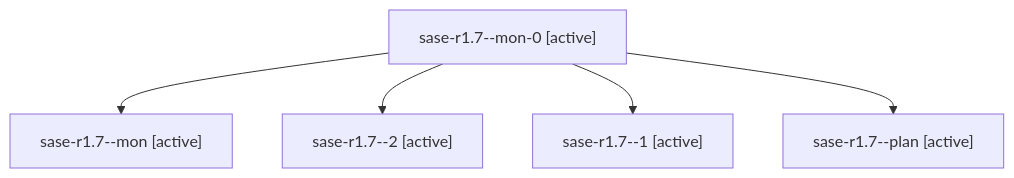
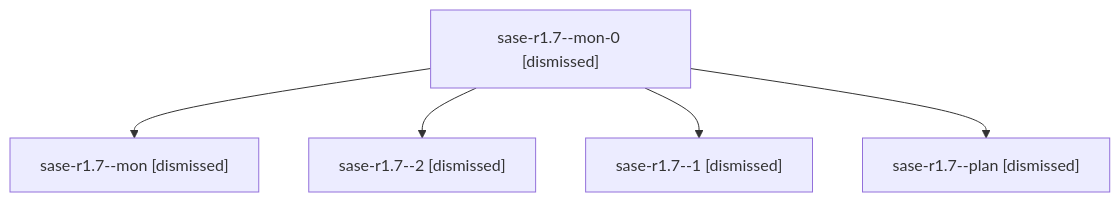
One commit to sase-org/sase--agents changed the diagram in sessions/bbugyi200.athena.sase-r1.7.md. Above: the diagram before and after it, drawn with Mermaid. The commit also changed other lines of this file and 150 other files, not shown here.

````diff
--- a/sessions/bbugyi200.athena.sase-r1.7.md
+++ b/sessions/bbugyi200.athena.sase-r1.7.md
@@ -9,12 +9,12 @@
 ```mermaid
 flowchart TD
-  n0["sase-r1.7--mon-0 [active]"]
-  n1["sase-r1.7--mon [active]"]
+  n0["sase-r1.7--mon-0 [dismissed]"]
+  n1["sase-r1.7--mon [dismissed]"]
   n0 --> n1
-  n2["sase-r1.7--2 [active]"]
+  n2["sase-r1.7--2 [dismissed]"]
   n0 --> n2
-  n3["sase-r1.7--1 [active]"]
+  n3["sase-r1.7--1 [dismissed]"]
   n0 --> n3
-  n4["sase-r1.7--plan [active]"]
+  n4["sase-r1.7--plan [dismissed]"]
   n0 --> n4
 ```
````
